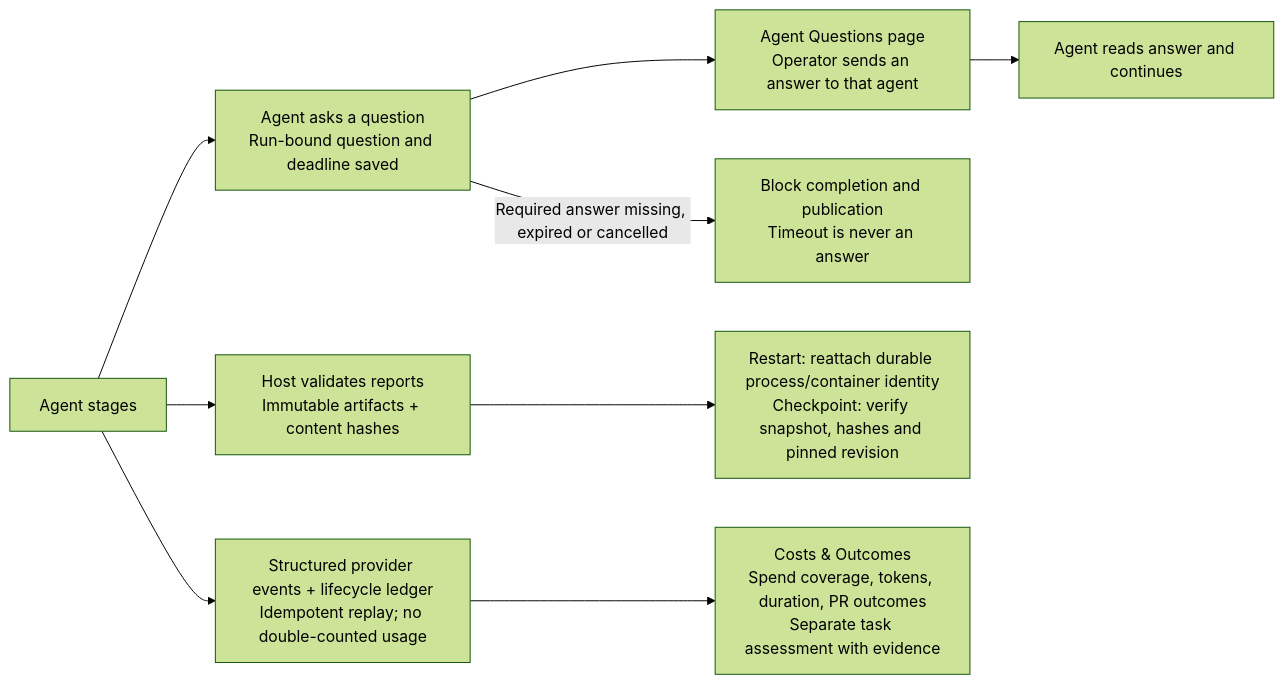
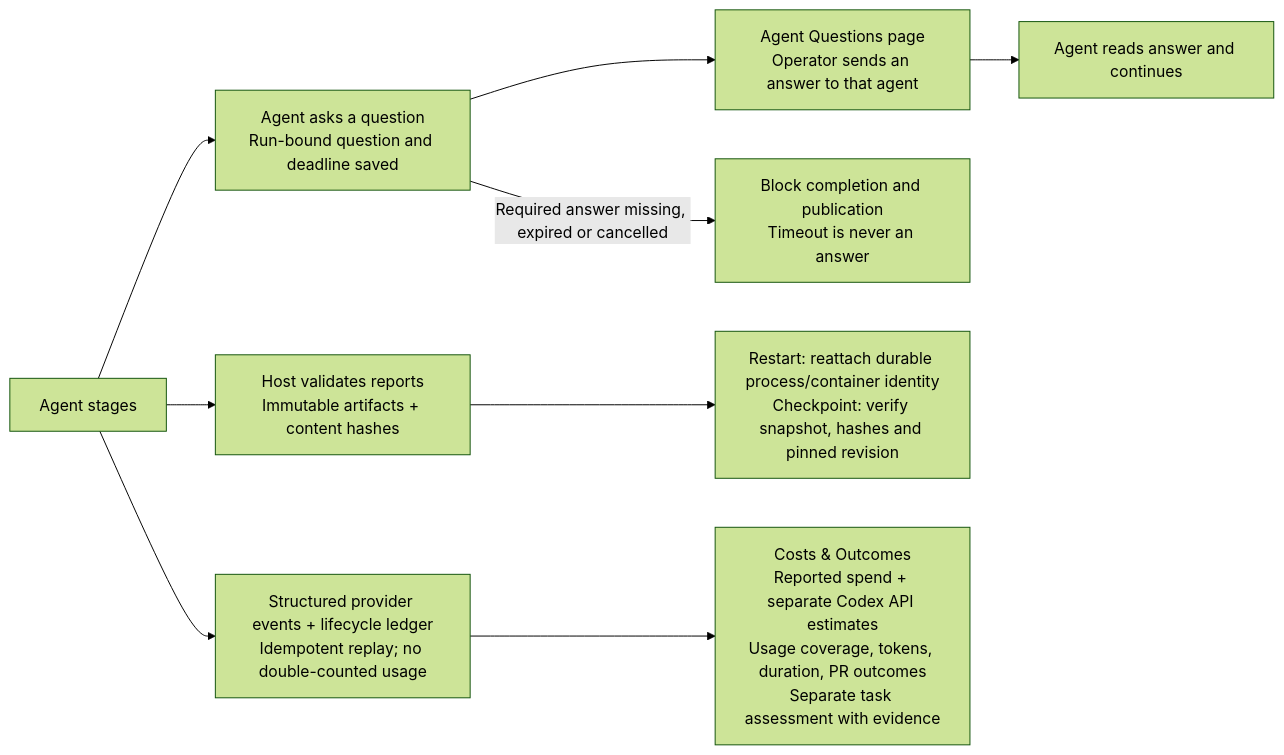
One commit to nathanloehlein/helmsman-og changed the third of 3 diagrams in docs/helmsman-process.md. Above: the diagram before and after it, drawn with Mermaid (forest theme). The commit also changed other lines of this file and 32 other files, not shown here.

````diff
--- a/docs/helmsman-process.md
+++ b/docs/helmsman-process.md
@@ -63,11 +63,11 @@
 ```mermaid
 flowchart LR
     Stage[Agent stages] --> Question[Agent asks a question<br/>Run-bound question and deadline saved]
     Question --> Human[Agent Questions page<br/>Operator sends an answer to that agent]
     Human --> Continue[Agent reads answer and continues]
     Question -->|Required answer missing, expired or cancelled| Block[Block completion and publication<br/>Timeout is never an answer]
     Stage --> Evidence[Host validates reports<br/>Immutable artifacts + content hashes]
     Evidence --> Recovery[Restart: reattach durable process/container identity<br/>Checkpoint: verify snapshot, hashes and pinned revision]
     Stage --> Usage[Structured provider events + lifecycle ledger<br/>Idempotent replay; no double-counted usage]
-    Usage --> Outcomes[Costs & Outcomes<br/>Spend coverage, tokens, duration, PR outcomes<br/>Separate task assessment with evidence]
+    Usage --> Outcomes[Costs & Outcomes<br/>Reported spend + separate Codex API estimates<br/>Usage coverage, tokens, duration, PR outcomes<br/>Separate task assessment with evidence]
 ```
````
